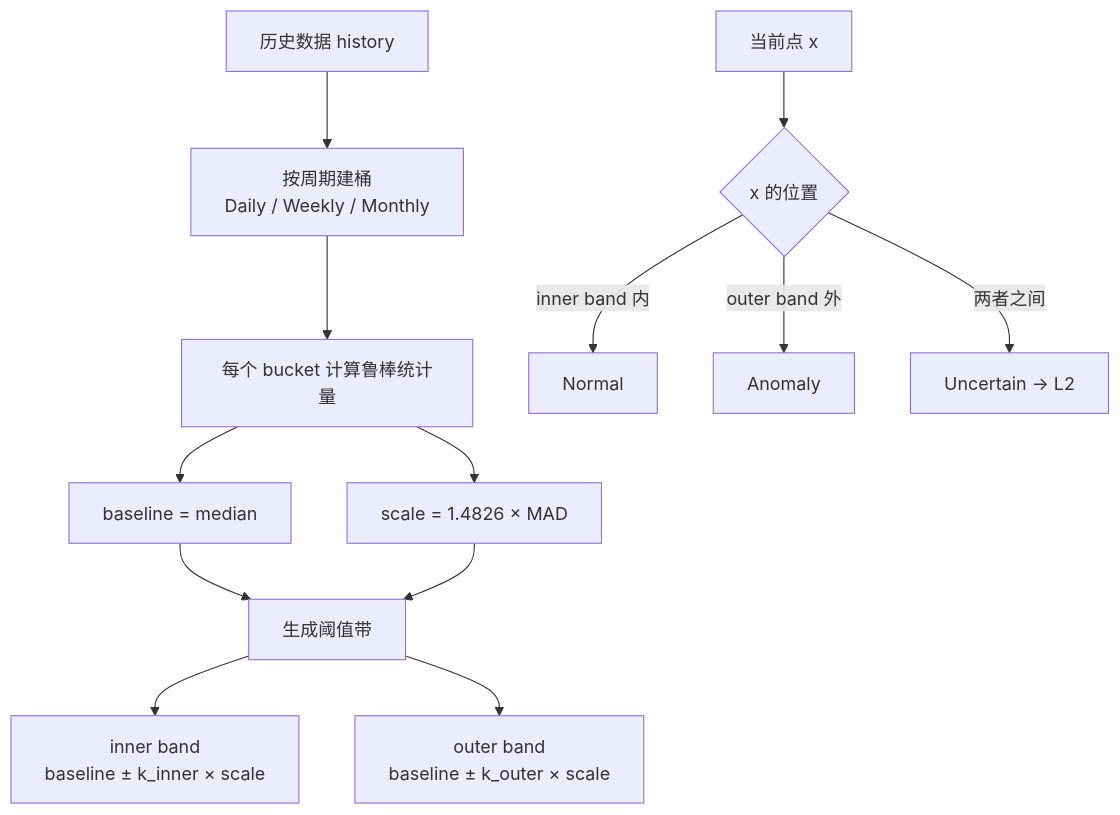
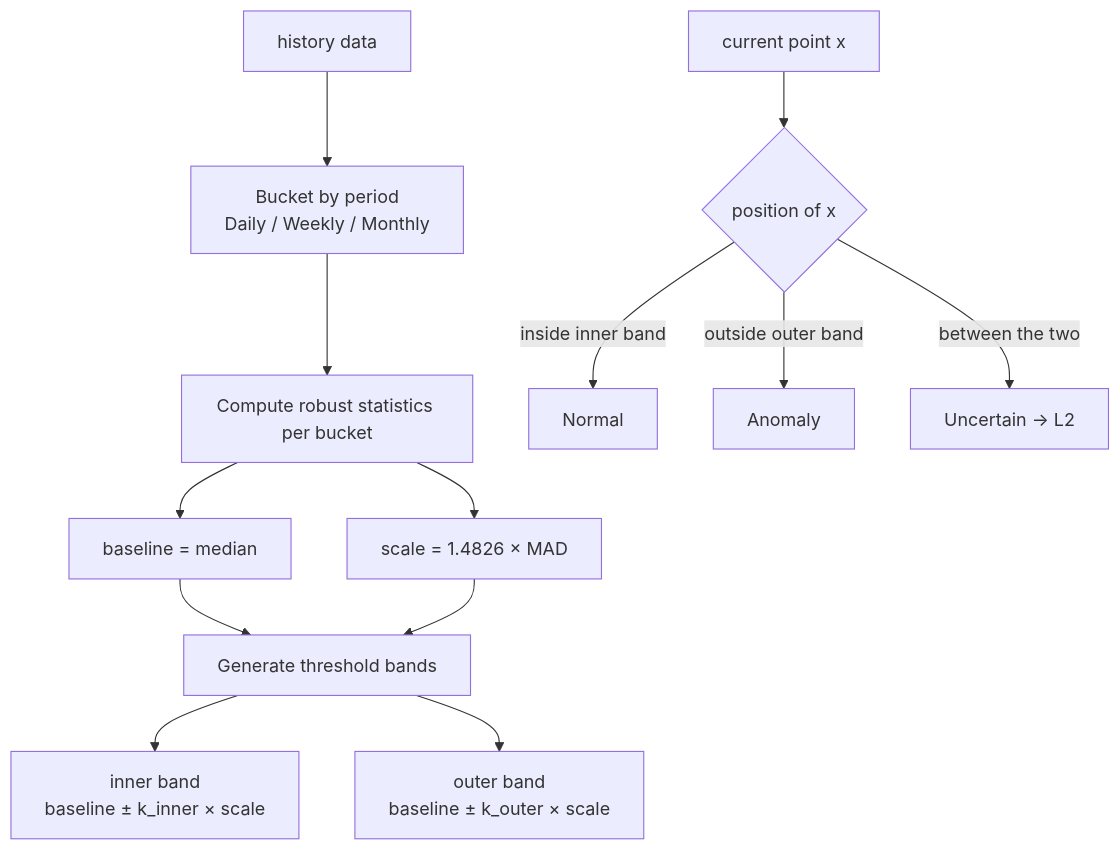
Before and after one commit to IBUMBLEBEE/grafana-alert4ml-datasource: the second of 4 diagrams in docs/funnel_algorithm.md, drawn with Mermaid. The commit also changed other lines of this file and 15 other files, not shown here.

````diff
--- a/docs/funnel_algorithm.md
+++ b/docs/funnel_algorithm.md
@@ -65,19 +65,19 @@
 ```mermaid
 flowchart TD
-    A["历史数据 history"] --> B["按周期建桶<br/>Daily / Weekly / Monthly"]
-    B --> C["每个 bucket 计算鲁棒统计量"]
+    A["history data"] --> B["Bucket by period<br/>Daily / Weekly / Monthly"]
+    B --> C["Compute robust statistics per bucket"]
     C --> D["baseline = median"]
     C --> E["scale = 1.4826 × MAD"]
 
-    D --> F["生成阈值带"]
+    D --> F["Generate threshold bands"]
     E --> F
 
     F --> G["inner band<br/>baseline ± k_inner × scale"]
     F --> H["outer band<br/>baseline ± k_outer × scale"]
 
-    I["当前点 x"] --> J{"x 的位置"}
+    I["current point x"] --> J{"position of x"}
 
-    J -->|"inner band 内"| K["Normal"]
-    J -->|"outer band 外"| L["Anomaly"]
-    J -->|"两者之间"| M["Uncertain → L2"]
+    J -->|"inside inner band"| K["Normal"]
+    J -->|"outside outer band"| L["Anomaly"]
+    J -->|"between the two"| M["Uncertain → L2"]
 ```
````
